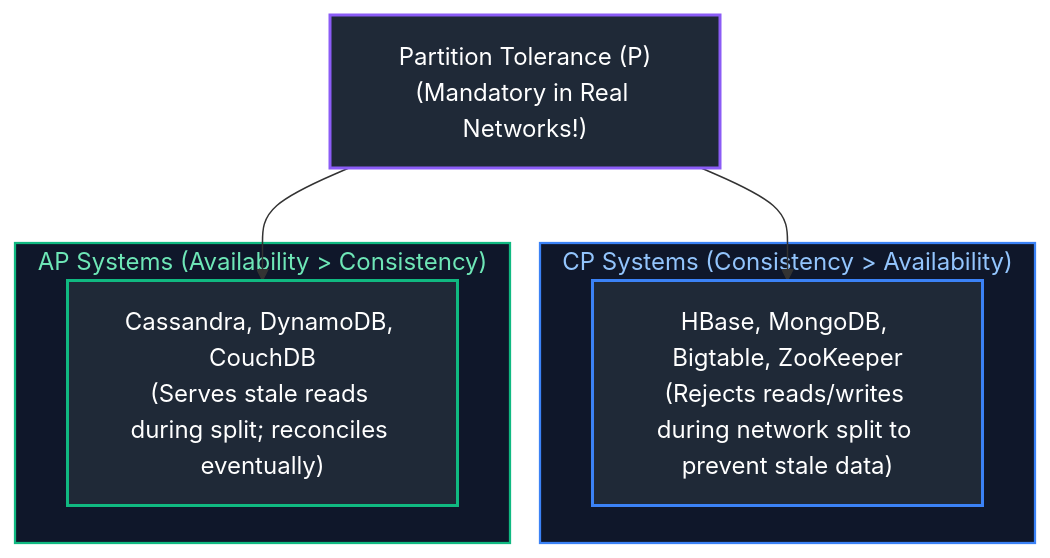
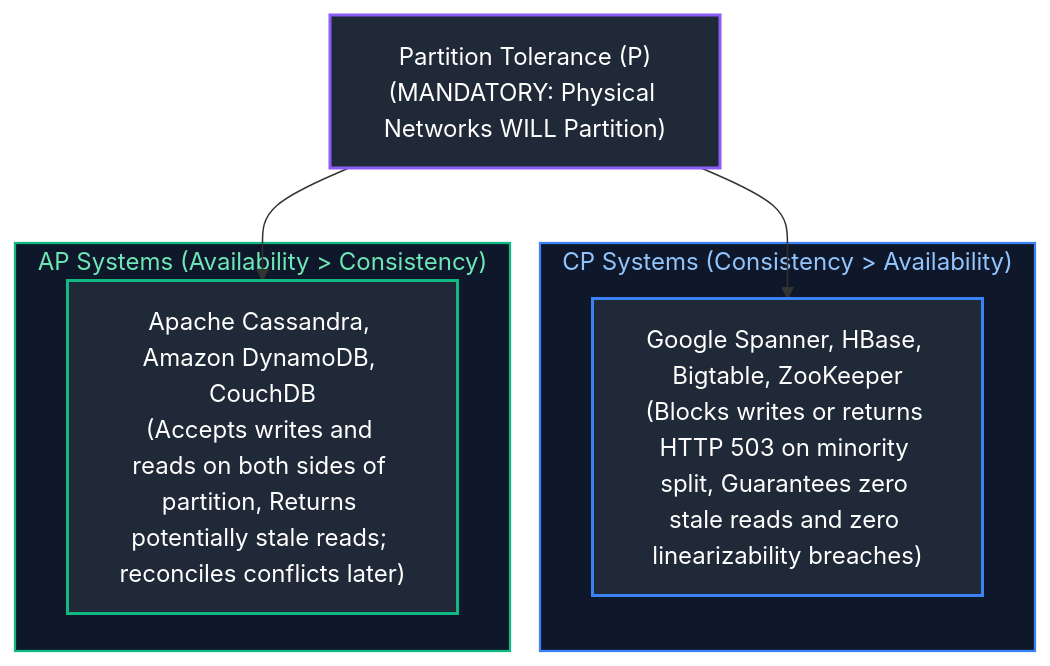
Before and after one commit to joydeep-biswas/Interview-Preparation: the third of 19 diagrams in Data Engineering/05_distributed_systems_and_apis.md, drawn with Mermaid. The commit also changed other lines of this file and 143 other files, not shown here.

````diff
--- a/Data Engineering/05_distributed_systems_and_apis.md
+++ b/Data Engineering/05_distributed_systems_and_apis.md
@@ -149,22 +262,21 @@
 ```mermaid
 flowchart TD
-    P["Partition Tolerance (P)<br/>(Mandatory in Real Networks!)"]
+    P["Partition Tolerance (P)<br/>(MANDATORY: Physical Networks WILL Partition)"]
     
     subgraph CP_Systems ["CP Systems (Consistency > Availability)"]
-        CP["HBase, MongoDB, Bigtable, ZooKeeper<br/>(Rejects reads/writes during network split to prevent stale data)"]
+        CP["Google Spanner, HBase, Bigtable, ZooKeeper<br/>(Blocks writes or returns HTTP 503 on minority split, Guarantees zero stale reads and zero linearizability breaches)"]
     end
 
     subgraph AP_Systems ["AP Systems (Availability > Consistency)"]
-        AP["Cassandra, DynamoDB, CouchDB<br/>(Serves stale reads during split; reconciles eventually)"]
+        AP["Apache Cassandra, Amazon DynamoDB, CouchDB<br/>(Accepts writes and reads on both sides of partition, Returns potentially stale reads; reconciles conflicts later)"]
     end
 
     P --> CP
     P --> AP
 
     style CP_Systems fill:#0f172a,stroke:#3b82f6,stroke-width:1.5px,color:#93c5fd
     style AP_Systems fill:#0f172a,stroke:#10b981,stroke-width:1.5px,color:#6ee7b7
-
     style P fill:#1f2937,stroke:#8b5cf6,stroke-width:2px,color:#fff
     style CP fill:#1f2937,stroke:#3b82f6,stroke-width:2px,color:#fff
     style AP fill:#1f2937,stroke:#10b981,stroke-width:2px,color:#fff
 ```
````
